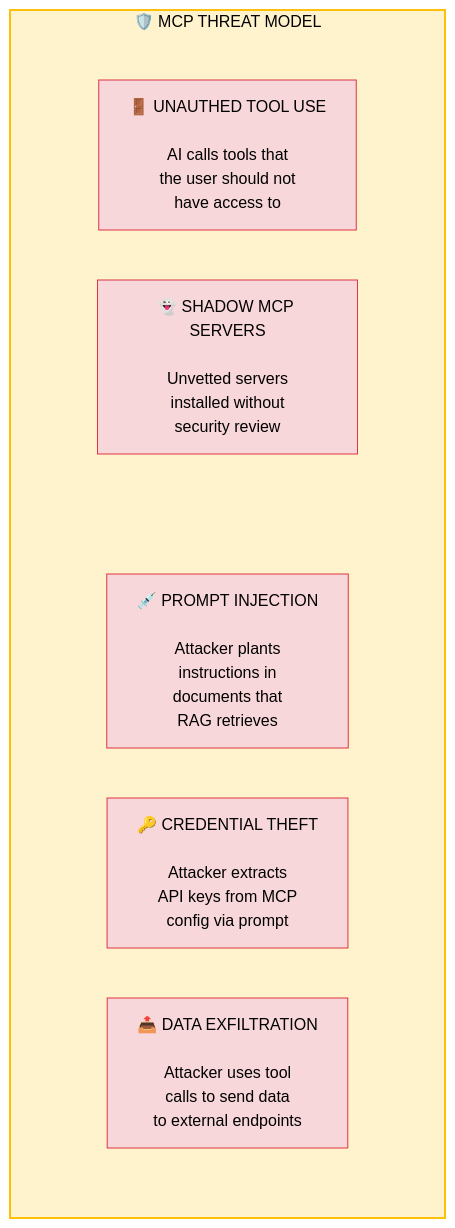
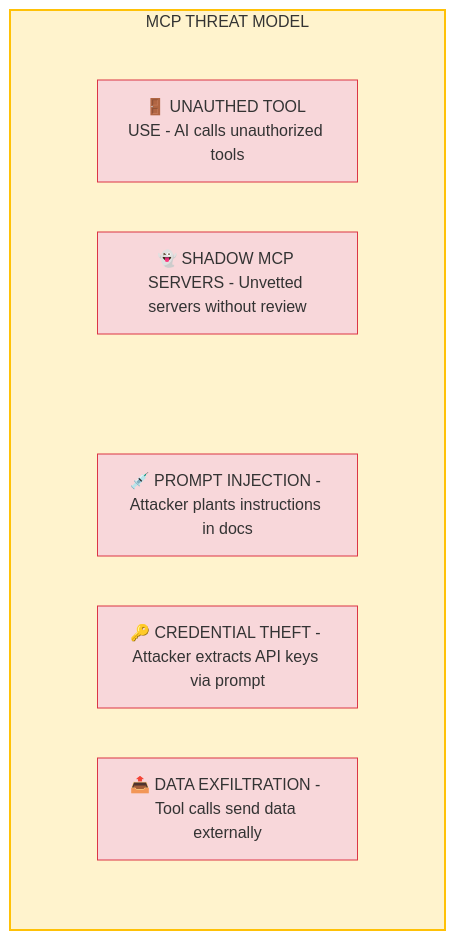
Before and after one commit to ithinktavo/GenAI-Engineering-Handbook: the first of 5 diagrams in docs/11-mcp-security.md, drawn with Mermaid. The commit also changed other lines of this file and 9 other files, not shown here.

First line of the commit message:
Fix Mermaid rendering: remove emoji from subgraph titles and unsupported syntax

````diff
--- a/docs/11-mcp-security.md
+++ b/docs/11-mcp-security.md
@@ -21,26 +21,26 @@
 ```mermaid
 graph TD
-    subgraph threats["🛡️ MCP THREAT MODEL"]
+    subgraph threats["MCP THREAT MODEL"]
         direction LR
         subgraph row1[" "]
             direction LR
-            T1["💉 PROMPT INJECTION\n\nAttacker plants\ninstructions in\ndocuments that\nRAG retrieves"]
-            T2["🔑 CREDENTIAL THEFT\n\nAttacker extracts\nAPI keys from MCP\nconfig via prompt"]
-            T3["📤 DATA EXFILTRATION\n\nAttacker uses tool\ncalls to send data\nto external endpoints"]
+            T1["💉 PROMPT INJECTION - Attacker plants instructions in docs"]
+            T2["🔑 CREDENTIAL THEFT - Attacker extracts API keys via prompt"]
+            T3["📤 DATA EXFILTRATION - Tool calls send data externally"]
         end
         subgraph row2[" "]
             direction LR
-            T4["🚪 UNAUTHED TOOL USE\n\nAI calls tools that\nthe user should not\nhave access to"]
-            T5["👻 SHADOW MCP SERVERS\n\nUnvetted servers\ninstalled without\nsecurity review"]
+            T4["🚪 UNAUTHED TOOL USE - AI calls unauthorized tools"]
+            T5["👻 SHADOW MCP SERVERS - Unvetted servers without review"]
         end
     end
 
-    style T1 fill:#f8d7da,stroke:#dc3545,color:#000
-    style T2 fill:#f8d7da,stroke:#dc3545,color:#000
-    style T3 fill:#f8d7da,stroke:#dc3545,color:#000
-    style T4 fill:#f8d7da,stroke:#dc3545,color:#000
-    style T5 fill:#f8d7da,stroke:#dc3545,color:#000
-    style threats fill:#fff3cd,stroke:#ffc107,stroke-width:2px,color:#000
+    style T1 fill:#f8d7da,stroke:#dc3545
+    style T2 fill:#f8d7da,stroke:#dc3545
+    style T3 fill:#f8d7da,stroke:#dc3545
+    style T4 fill:#f8d7da,stroke:#dc3545
+    style T5 fill:#f8d7da,stroke:#dc3545
+    style threats fill:#fff3cd,stroke:#ffc107,stroke-width:2px
     style row1 fill:transparent,stroke:none
     style row2 fill:transparent,stroke:none
 ```
````
